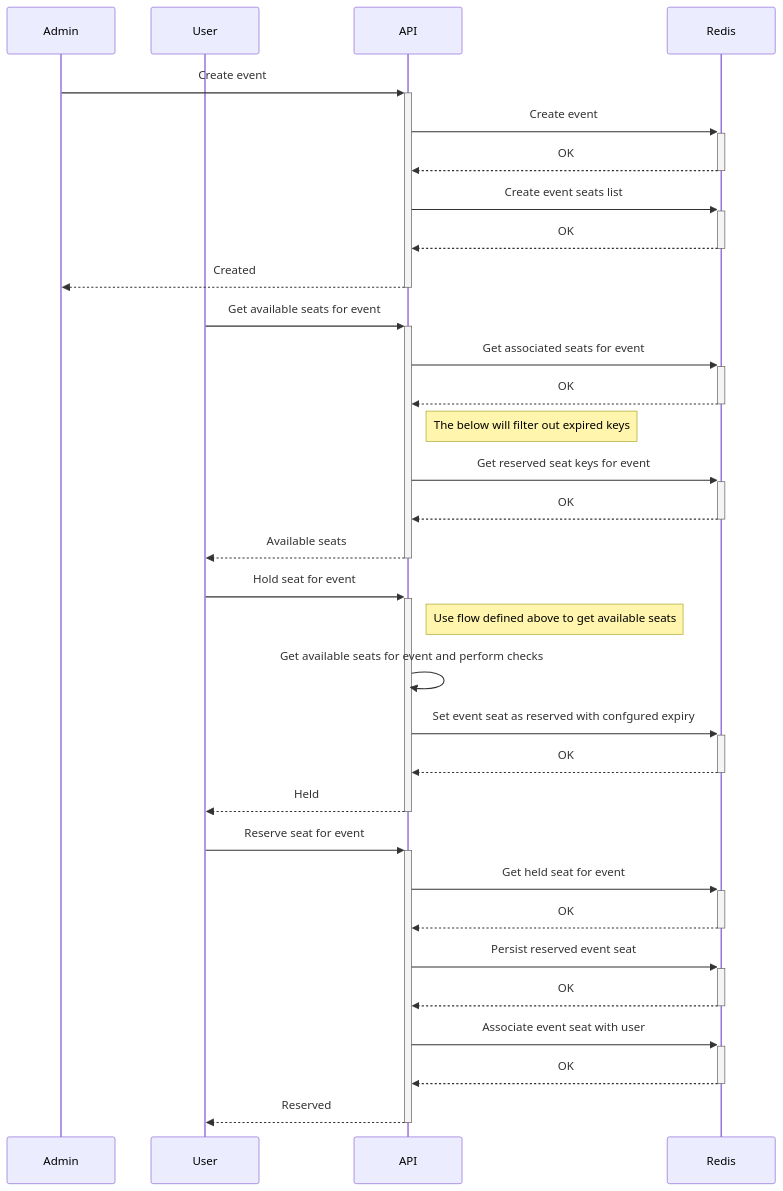
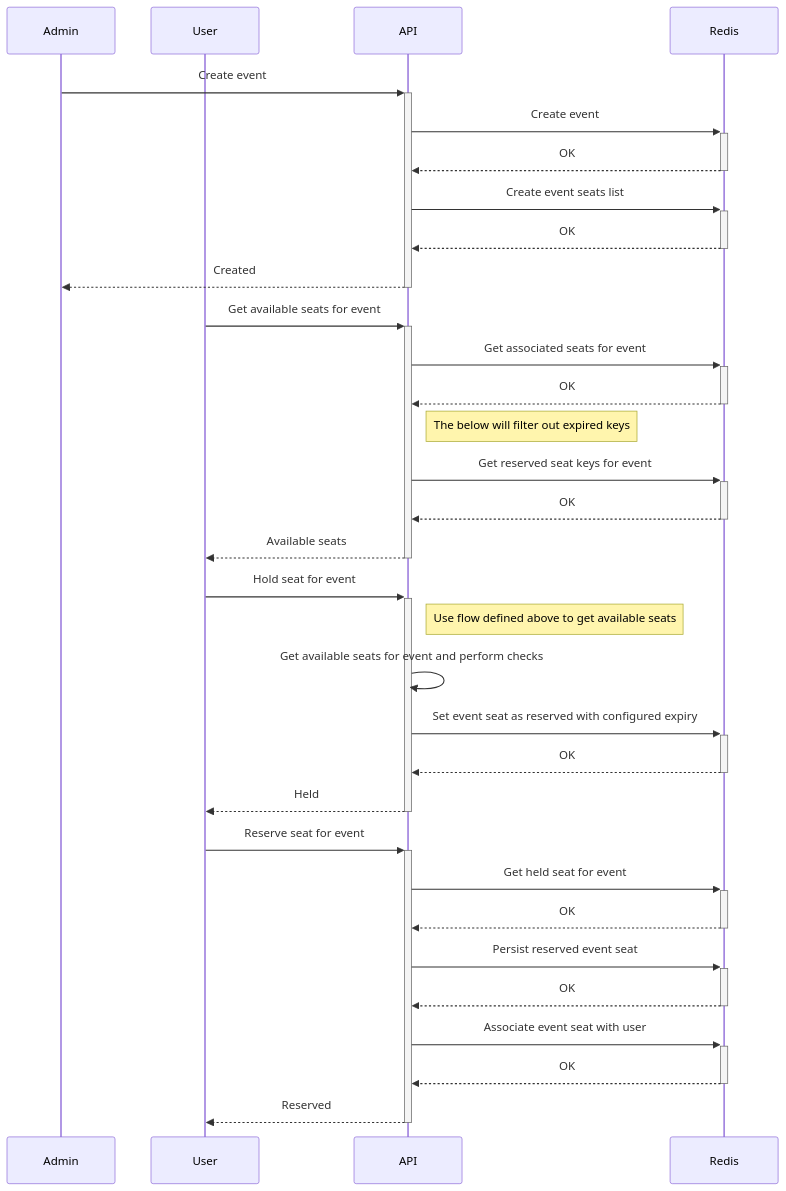
Before and after one commit to jonnydgreen/event-management-service: the second of 2 diagrams in docs/design.md, drawn with Mermaid. The commit also changed other lines of this file and 20 other files, not shown here.

````diff
--- a/docs/design.md
+++ b/docs/design.md
@@ -598,38 +603,38 @@
 ```mermaid
 sequenceDiagram
     participant Admin
     participant User
     participant API
     participant Redis
 
     Admin ->>+ API: Create event
     API ->>+ Redis: Create event
     Redis -->>- API: OK
     API ->>+ Redis: Create event seats list
     Redis -->>- API: OK
     API -->>- Admin: Created
 
     User ->>+ API: Get available seats for event
     API ->>+ Redis: Get associated seats for event
     Redis -->>- API: OK
     Note right of API: The below will filter out expired keys
     API ->>+ Redis: Get reserved seat keys for event
     Redis -->>- API: OK
     API -->>- User: Available seats
 
     User ->>+ API: Hold seat for event
     Note right of API: Use flow defined above to get available seats
     API ->> API: Get available seats for event and perform checks
-    API ->>+ Redis: Set event seat as reserved with confgured expiry
+    API ->>+ Redis: Set event seat as reserved with configured expiry
     Redis -->>- API: OK
     API -->>- User: Held
 
     User ->>+ API: Reserve seat for event
     API ->>+ Redis: Get held seat for event
     Redis -->>- API: OK
     API ->>+ Redis: Persist reserved event seat
     Redis -->>- API: OK
     API ->>+ Redis: Associate event seat with user
     Redis -->>- API: OK
     API -->>- User: Reserved
 ```
````
